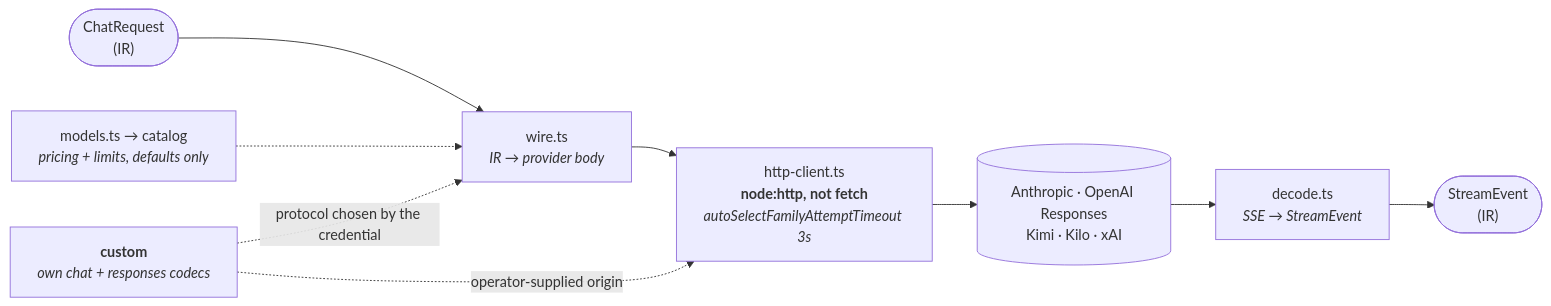
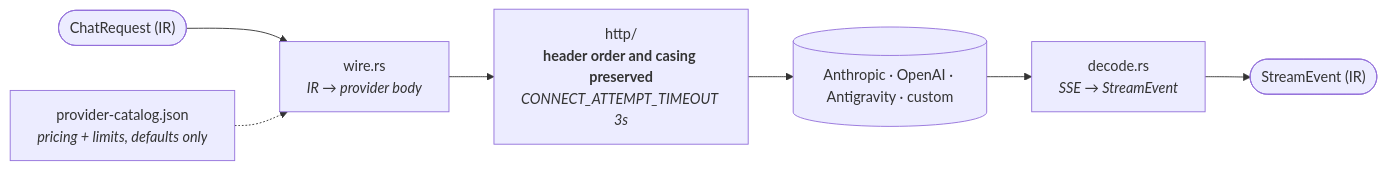
Before and after one commit to harismawan/omnigateway: the sixth of 12 diagrams in ARCHITECTURE.md, drawn with Mermaid. The commit also changed other lines of this file, not shown here.

First line of the commit message:
docs: rewrite ARCHITECTURE.md against the Rust crates

````diff
--- a/ARCHITECTURE.md
+++ b/ARCHITECTURE.md
@@ -371,12 +381,9 @@
 ```mermaid
 flowchart LR
-  ir(["ChatRequest<br/>(IR)"]) --> wire["wire.ts<br/><i>IR → provider body</i>"]
-  wire --> http["http-client.ts<br/><b>node:http, not fetch</b><br/><i>autoSelectFamilyAttemptTimeout 3s</i>"]
-  http --> up[("Anthropic · OpenAI Responses<br/>Kimi · Kilo · xAI")]
-  up --> dec["decode.ts<br/><i>SSE → StreamEvent</i>"]
-  dec --> ev(["StreamEvent<br/>(IR)"])
-  cat["models.ts → catalog<br/><i>pricing + limits, defaults only</i>"] -.-> wire
-
-  custom["<b>custom</b><br/><i>own chat + responses codecs</i>"] -. "protocol chosen by the credential" .-> wire
-  custom -. "operator-supplied origin" .-> http
+  ir(["ChatRequest (IR)"]) --> wire["wire.rs<br/><i>IR → provider body</i>"]
+  wire --> http["http/<br/><b>header order and casing preserved</b><br/><i>CONNECT_ATTEMPT_TIMEOUT 3s</i>"]
+  http --> up[("Anthropic · OpenAI · Antigravity · custom")]
+  up --> dec["decode.rs<br/><i>SSE → StreamEvent</i>"]
+  dec --> ev(["StreamEvent (IR)"])
+  cat["provider-catalog.json<br/><i>pricing + limits, defaults only</i>"] -.-> wire
 ```
````
